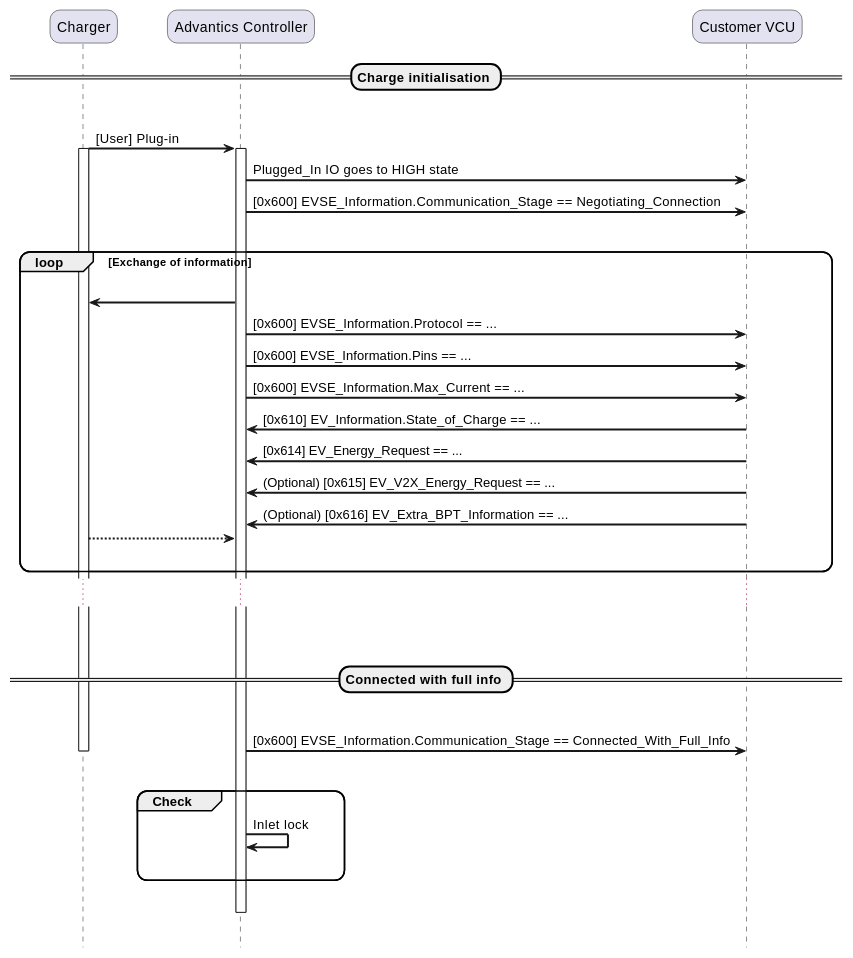
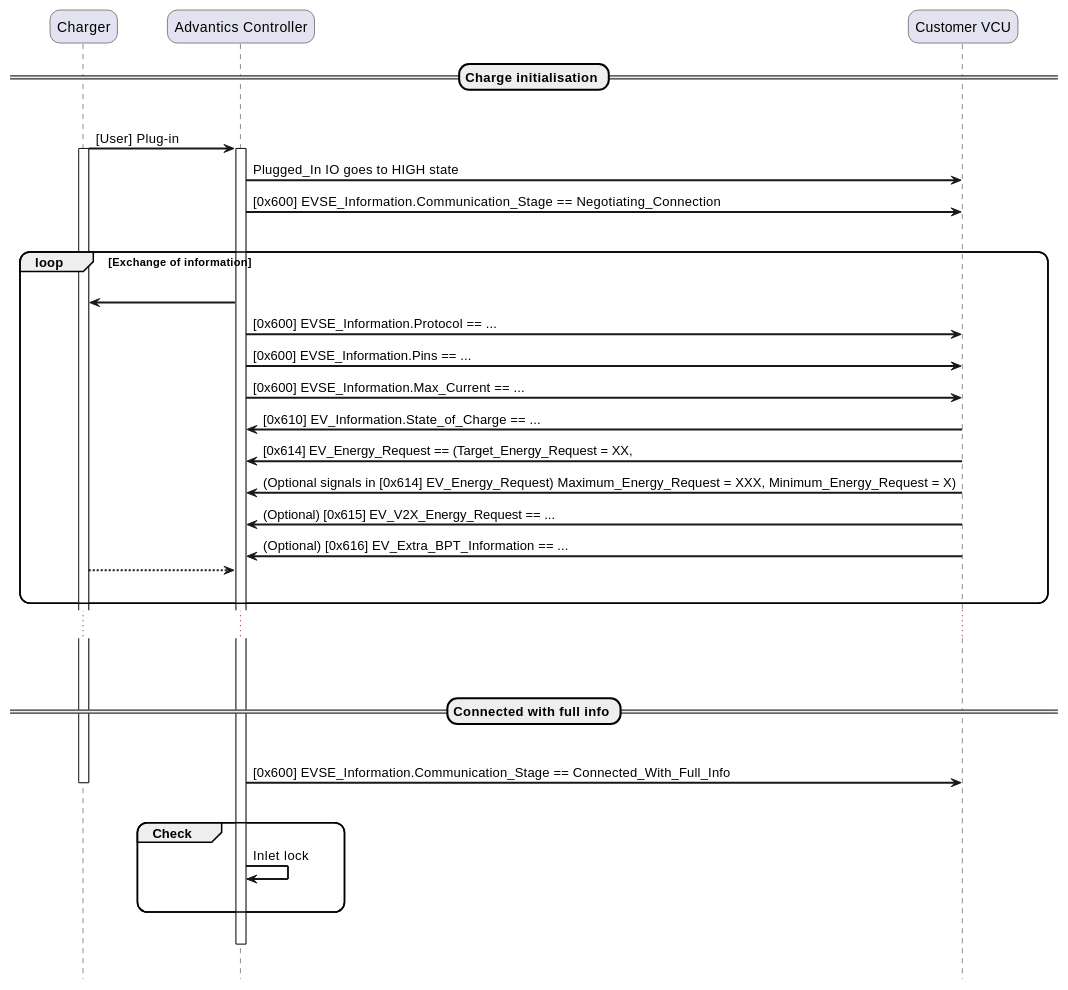
The second of 10 diagrams in charge-controllers/evcc_generic/sequences_v2.md (ADVANTICS/documentation), drawn with PlantUML before and after one commit. The commit also changed other lines of this file and 13 other files, not shown here.

````diff
--- a/charge-controllers/evcc_generic/sequences_v2.md
+++ b/charge-controllers/evcc_generic/sequences_v2.md
@@ -80,52 +80,53 @@
 ```plantuml
 @startuml
 hide footbox
 skinparam ParticipantPadding 20
 skinparam sequenceArrowThickness 2
 skinparam roundcorner 20
 
 participant "Charger" as EVSE
 participant "Advantics Controller" as EVCC
 participant "Customer VCU" as VCU
 
 == Charge initialisation ==
 |||
 
 EVSE -> EVCC: [User] Plug-in
 activate EVSE
 activate EVCC
 EVCC -> VCU: Plugged_In IO goes to HIGH state
 EVCC -> VCU: [0x600] EVSE_Information.Communication_Stage == Negotiating_Connection
 |||
 loop Exchange of information
   |||
   EVCC -> EVSE
   EVCC -> VCU: [0x600] EVSE_Information.Protocol == ...
   EVCC -> VCU: [0x600] EVSE_Information.Pins == ...
   EVCC -> VCU: [0x600] EVSE_Information.Max_Current == ...
   VCU -> EVCC: [0x610] EV_Information.State_of_Charge == ...
-  VCU -> EVCC: [0x614] EV_Energy_Request == ...
+  VCU -> EVCC: [0x614] EV_Energy_Request == (Target_Energy_Request = XX,
+  VCU -> EVCC: (Optional signals in [0x614] EV_Energy_Request) Maximum_Energy_Request = XXX, Minimum_Energy_Request = X)
   VCU -> EVCC: (Optional) [0x615] EV_V2X_Energy_Request == ...
   VCU -> EVCC: (Optional) [0x616] EV_Extra_BPT_Information == ...
   EVSE --> EVCC
   |||
 end loop
 ...
 |||
 
 |||
 == Connected with full info ==
 |||
 
 EVCC -> VCU: [0x600] EVSE_Information.Communication_Stage == Connected_With_Full_Info
 deactivate EVSE
 |||
 group Check
   EVCC -> EVCC: Inlet lock
   |||
 end group
 |||
 deactivate EVCC
 |||
 @enduml
 ```
````
